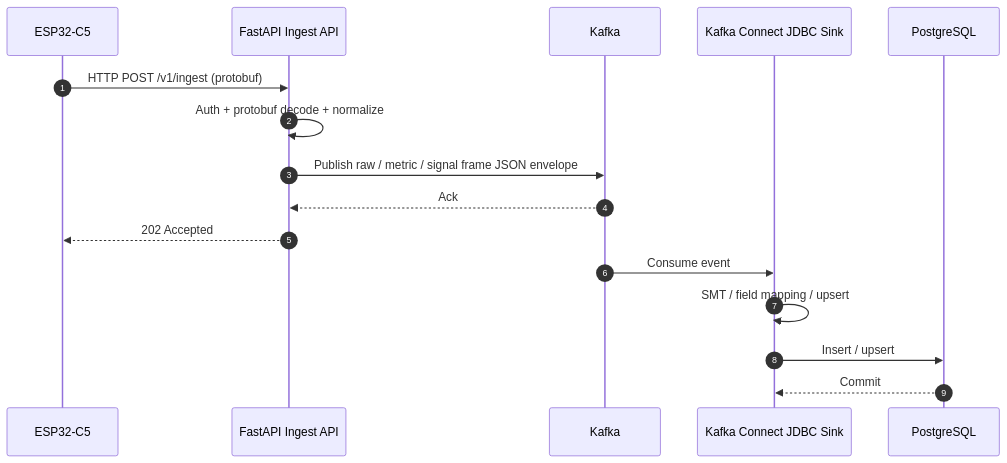
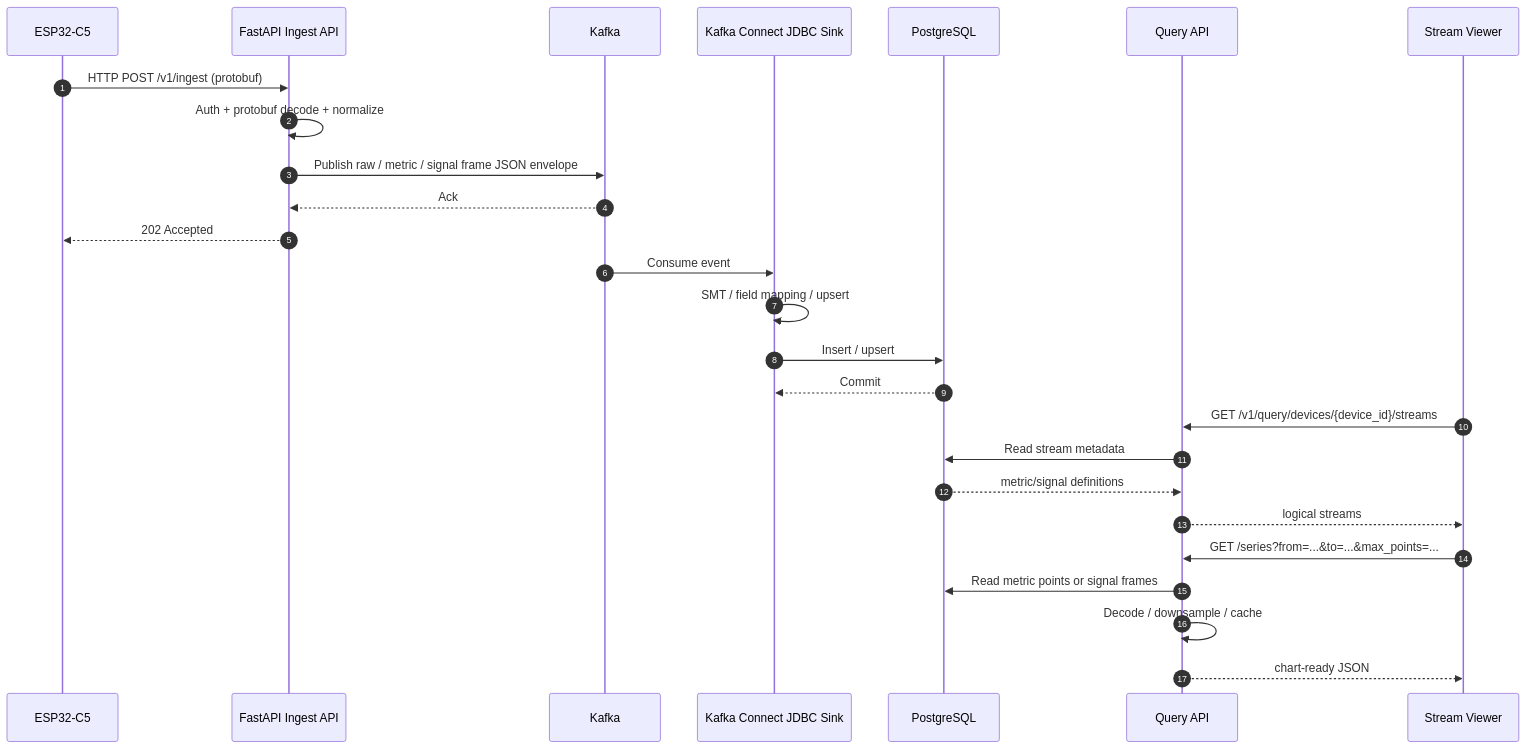
One commit to donghoonpark/aetus changed the third of 5 diagrams in docs/01-overview.md. Above: the diagram before and after it, drawn with Mermaid. The commit also changed other lines of this file, not shown here.

Commit message:
Update overview with query data stream

````diff
--- a/docs/01-overview.md
+++ b/docs/01-overview.md
@@ -124,19 +206,29 @@
 ```mermaid
 sequenceDiagram
     autonumber
     participant Device as ESP32-C5
     participant API as FastAPI Ingest API
     participant Kafka as Kafka
     participant Sink as Kafka Connect JDBC Sink
     participant PG as PostgreSQL
+    participant Query as Query API
+    participant FE as Stream Viewer
 
     Device->>API: HTTP POST /v1/ingest (protobuf)
     API->>API: Auth + protobuf decode + normalize
     API->>Kafka: Publish raw / metric / signal frame JSON envelope
     Kafka-->>API: Ack
     API-->>Device: 202 Accepted
     Kafka->>Sink: Consume event
     Sink->>Sink: SMT / field mapping / upsert
     Sink->>PG: Insert / upsert
     PG-->>Sink: Commit
+    FE->>Query: GET /v1/query/devices/{device_id}/streams
+    Query->>PG: Read stream metadata
+    PG-->>Query: metric/signal definitions
+    Query-->>FE: logical streams
+    FE->>Query: GET /series?from=...&to=...&max_points=...
+    Query->>PG: Read metric points or signal frames
+    Query->>Query: Decode / downsample / cache
+    Query-->>FE: chart-ready JSON
 ```
````
